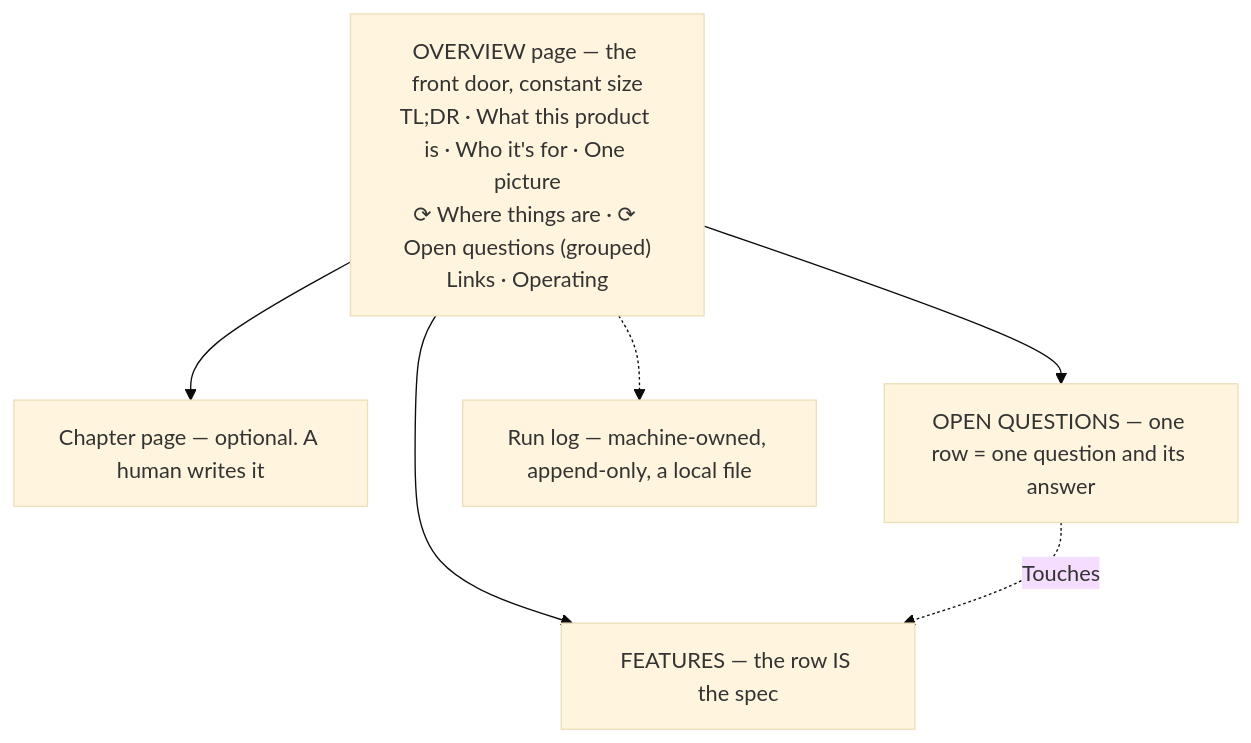
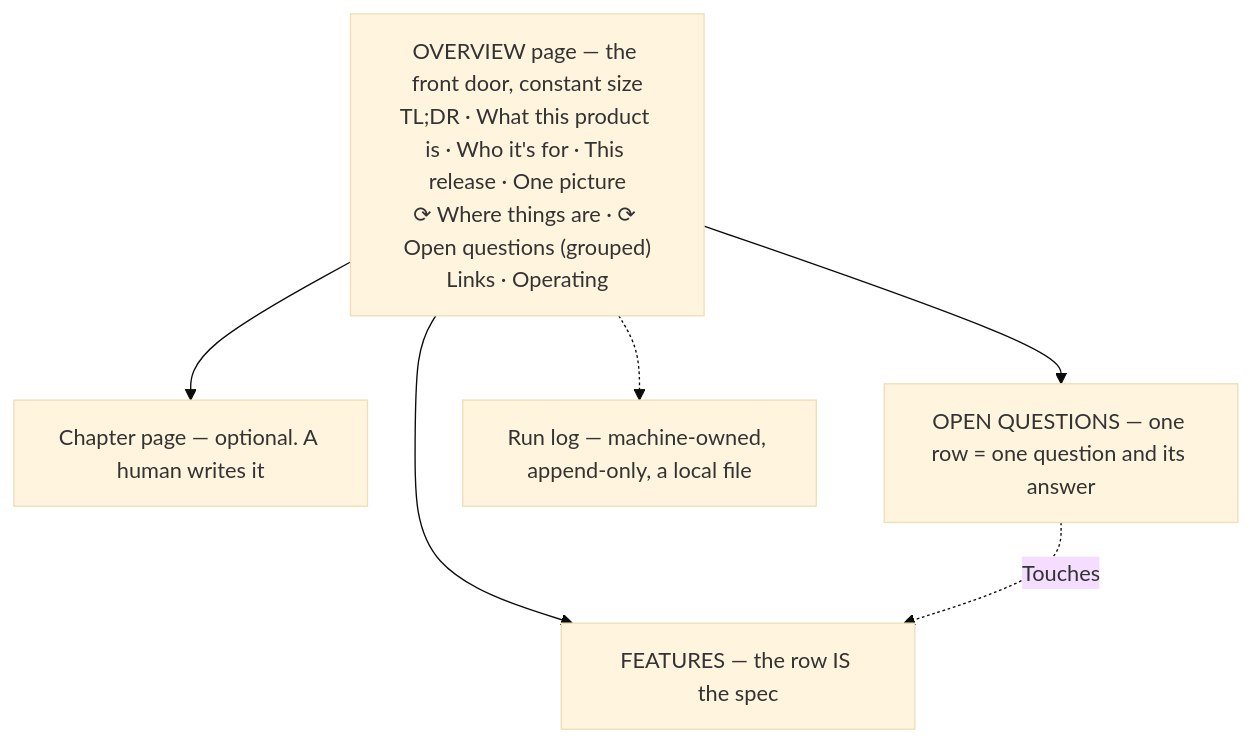
Before and after one commit to Simas-Zurauskas/blueprint: the diagram in spec/doc-shape.md, drawn with Mermaid (base theme). The commit also changed other lines of this file and 26 other files, not shown here.

````diff
--- a/spec/doc-shape.md
+++ b/spec/doc-shape.md
@@ -33,13 +33,13 @@
 ```mermaid
 graph TD
-  R["OVERVIEW page — the front door, constant size<br/>TL;DR · What this product is · Who it's for · One picture<br/>⟳ Where things are · ⟳ Open questions (grouped)<br/>Links · Operating"]
+  R["OVERVIEW page — the front door, constant size<br/>TL;DR · What this product is · Who it's for · This release · One picture<br/>⟳ Where things are · ⟳ Open questions (grouped)<br/>Links · Operating"]
   C["Chapter page — optional. A human writes it"]
   F["FEATURES — the row IS the spec"]
   Q["OPEN QUESTIONS — one row = one question and its answer"]
   L["Run log — machine-owned, append-only, a local file"]
   R --> C
   R --> F
   R --> Q
   R -.-> L
   Q -. "Touches" .-> F
 ```
````
